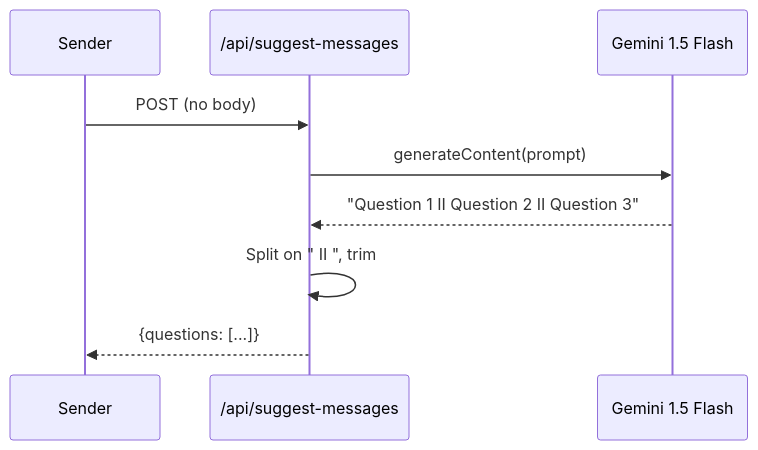
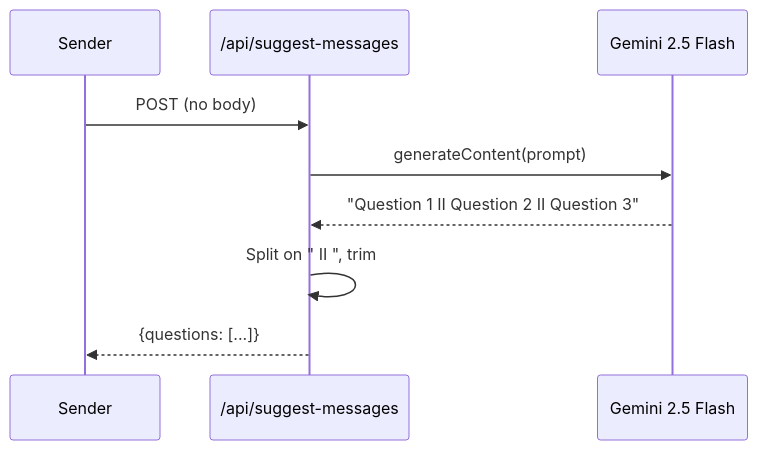
One commit to gativarshney/mysterymessage changed the fifth of 5 diagrams in README.md. Above: the diagram before and after it, drawn with Mermaid. The commit also changed other lines of this file and 10 other files, not shown here.

````diff
--- a/README.md
+++ b/README.md
@@ -153,11 +153,11 @@
 ```mermaid
 sequenceDiagram
     participant Sender
     participant API as /api/suggest-messages
-    participant Gemini as Gemini 1.5 Flash
+    participant Gemini as Gemini 2.5 Flash
     Sender->>API: POST (no body)
     API->>Gemini: generateContent(prompt)
     Gemini-->>API: "Question 1 II Question 2 II Question 3"
     API->>API: Split on " II ", trim
     API-->>Sender: {questions: [...]}
 ```
````
